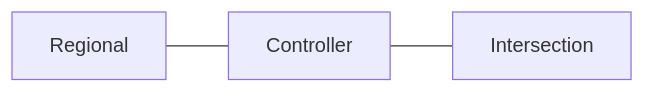
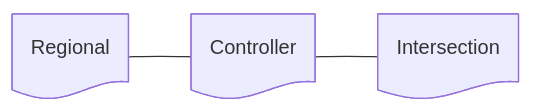
Before and after one commit to rsmp-nordic/tlc_programming: the diagram in configurations.md, drawn with Mermaid.

````diff
--- a/configurations.md
+++ b/configurations.md
@@ -6,4 +6,5 @@
 ```mermaid
 graph LR
-Regional --- Controller --- Intersection
+Regional@{shape: document} --- Controller@{shape: document}
+Controller --- Intersection@{shape: document}
 ```
````
